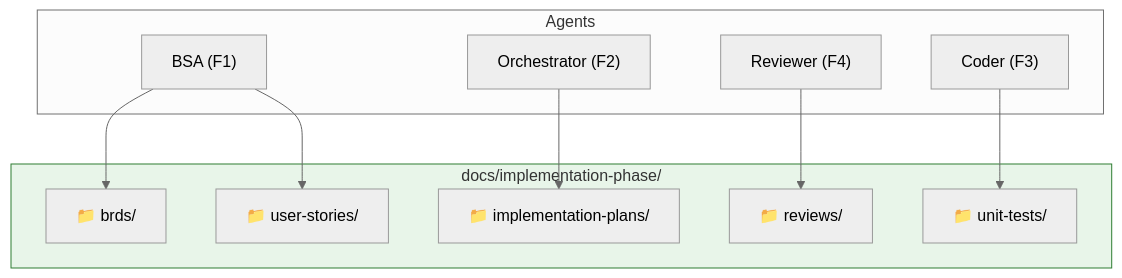
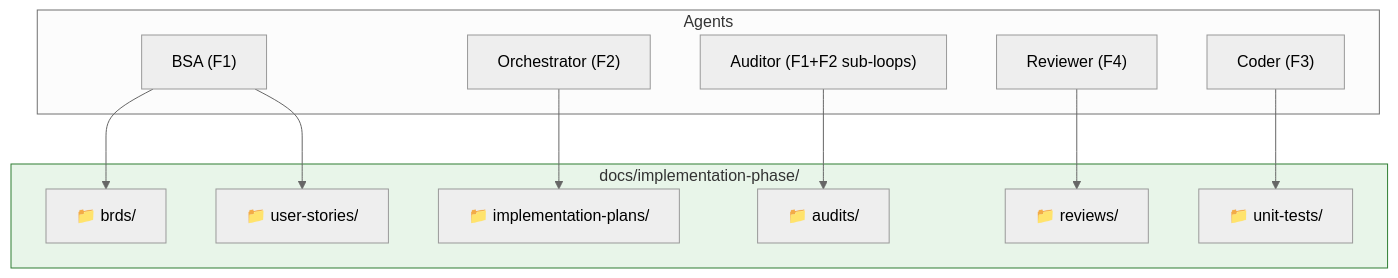
The sixth of 7 diagrams in .github/workflow.md (hgmancholam/novum), drawn with Mermaid (neutral theme) before and after one commit. The commit also changed other lines of this file and 9 other files, not shown here.

````diff
--- a/.github/workflow.md
+++ b/.github/workflow.md
@@ -328,20 +394,22 @@
 ```mermaid
 flowchart TD
     subgraph DOCS["docs/implementation-phase/"]
         BRD["📁 brds/"]
         US["📁 user-stories/"]
         IP["📁 implementation-plans/"]
+        AUD["📁 audits/"]
         REV["📁 reviews/"]
         UT["📁 unit-tests/"]
     end
 
     subgraph AGENTS["Agents"]
         B["BSA (F1)"] --> BRD
         B --> US
         O["Orchestrator (F2)"] --> IP
+        A["Auditor (F1+F2 sub-loops)"] --> AUD
         R["Reviewer (F4)"] --> REV
         C["Coder (F3)"] --> UT
     end
 
     style DOCS fill:#e8f5e9,stroke:#2e7d32
 ```
````
